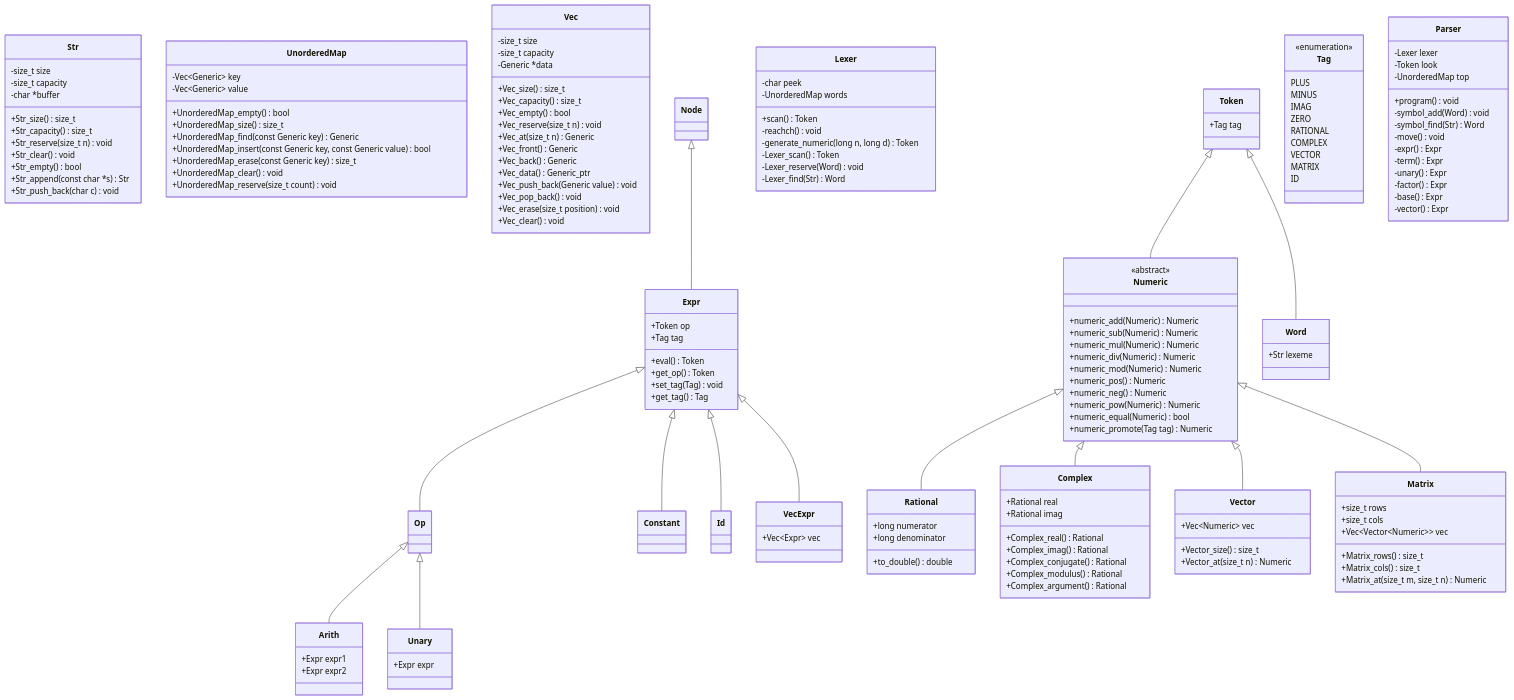
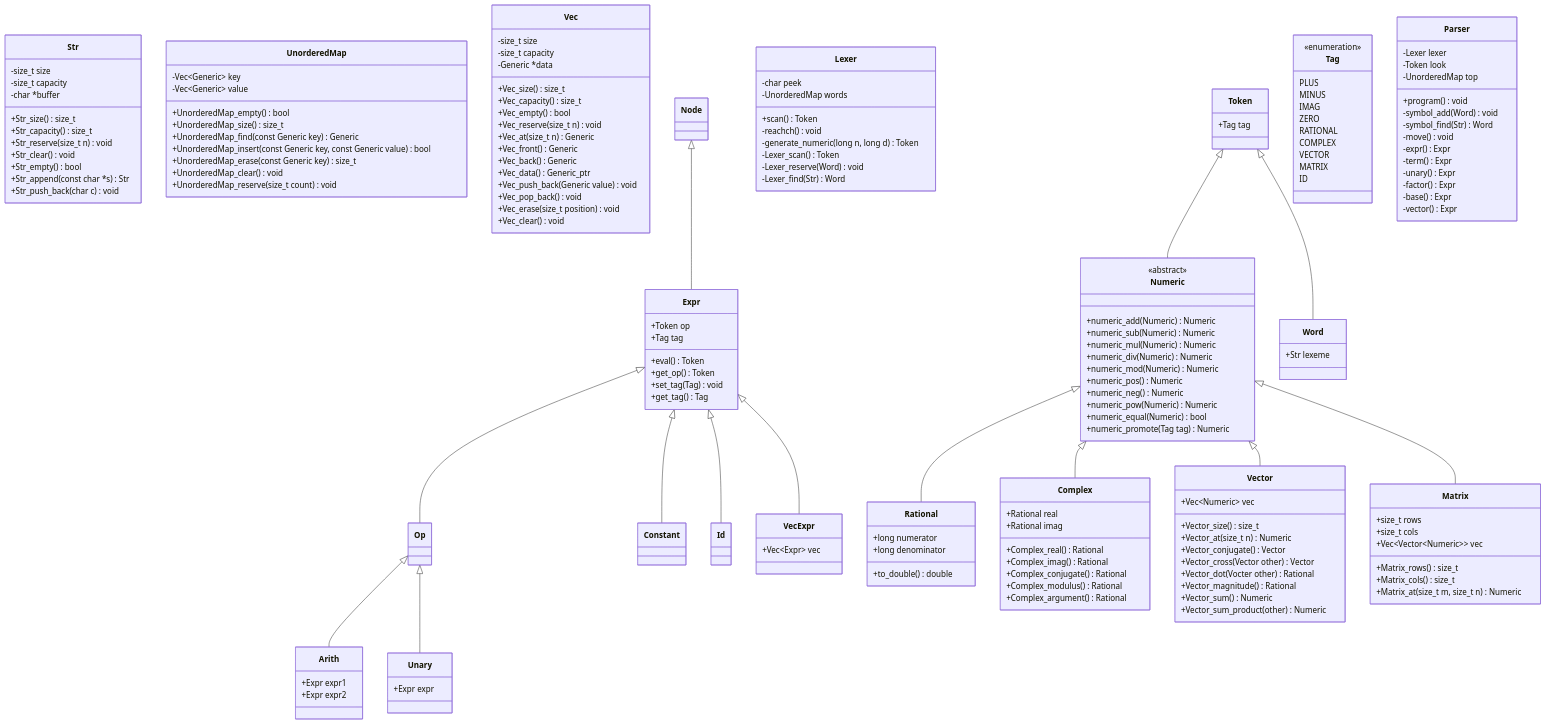
The diagram in diagram.md (nwhean/42_computorv), drawn with Mermaid before and after one commit. The commit also changed 3 other files, not shown here.

```diff
--- a/diagram.md
+++ b/diagram.md
@@ -162,6 +162,12 @@
 		+Vec~Numeric~ vec
 		+Vector_size() size_t
 		+Vector_at(size_t n) Numeric
+		+Vector_conjugate() Vector
+		+Vector_cross(Vector other) Vector
+		+Vector_dot(Vocter other) Rational
+		+Vector_magnitude() Rational
+		+Vector_sum() Numeric
+		+Vector_sum_product(other) Numeric
 	}
 
 	Numeric <|-- Matrix
```
